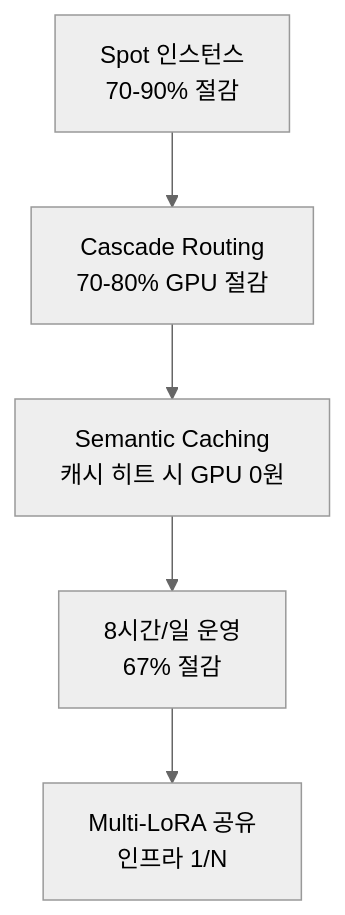
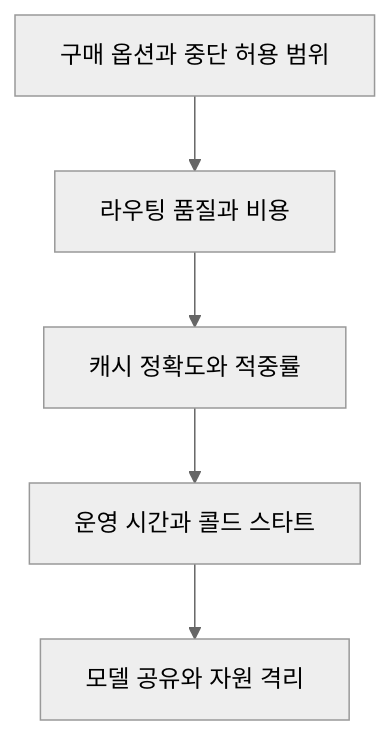
Before and after one commit to devfloor9/engineering-playbook: the second of 2 diagrams in docs/agentic-ai-platform/reference-architecture/index.md, drawn with Mermaid (neutral theme). The commit also changed other lines of this file and 7 other files, not shown here.

````diff
--- a/docs/agentic-ai-platform/reference-architecture/index.md
+++ b/docs/agentic-ai-platform/reference-architecture/index.md
@@ -184,7 +218,9 @@
 ```mermaid
 graph TD
-    A[Spot 인스턴스<br/>70-90% 절감] --> B[Cascade Routing<br/>70-80% GPU 절감]
-    B --> C[Semantic Caching<br/>캐시 히트 시 GPU 0원]
-    C --> D[8시간/일 운영<br/>67% 절감]
-    D --> E[Multi-LoRA 공유<br/>인프라 1/N]
+    accTitle: 비용 최적화 검토 순서
+    accDescr: 구매 옵션, 라우팅, 캐시, 운영 시간, 모델 공유를 검토하고 각 변경의 비용과 품질을 측정한다.
+    A[구매 옵션과 중단 허용 범위] --> B[라우팅 품질과 비용]
+    B --> C[캐시 정확도와 적중률]
+    C --> D[운영 시간과 콜드 스타트]
+    D --> E[모델 공유와 자원 격리]
 ```
````
